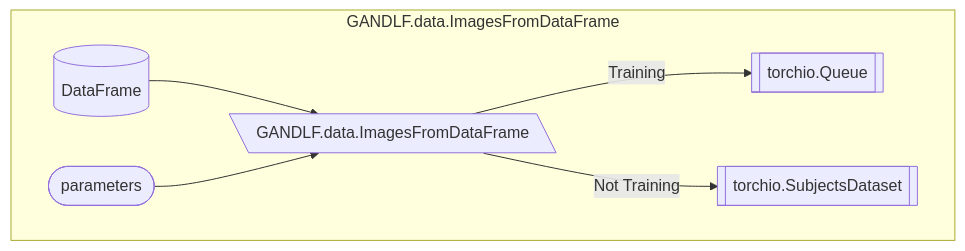
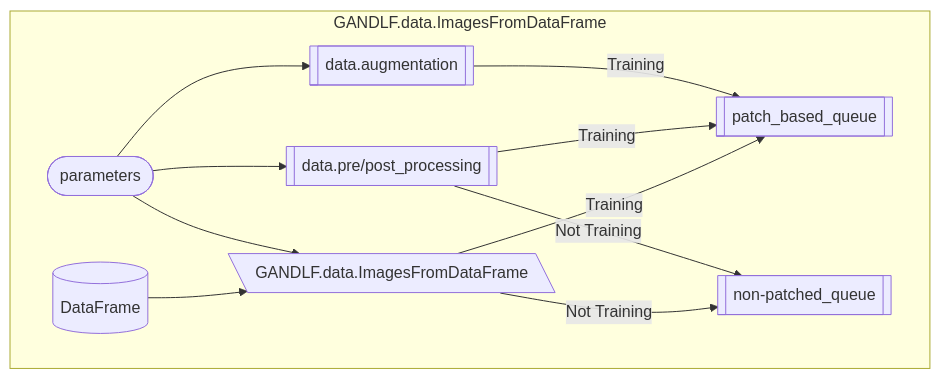
One commit to szmazurek/GaNDLF changed the eighth of 8 diagrams in docs/flowchart.md. Above: the diagram before and after it, drawn with Mermaid.

Commit message:
added more details for data submodule

````diff
--- a/docs/flowchart.md
+++ b/docs/flowchart.md
@@ -129,9 +129,14 @@
 ```mermaid
 flowchart TD
     subgraph GANDLF.data.ImagesFromDataFrame
+        parameters([parameters]) --> ImagesFromDataFrame
+        parameters --> data_augmentation[[data.augmentation]]
+        parameters --> data_processing[[data.pre/post_processing]]
         df[(DataFrame)] --> ImagesFromDataFrame[\GANDLF.data.ImagesFromDataFrame\]
-        parameters([parameters]) --> ImagesFromDataFrame
-        ImagesFromDataFrame -->|Training| tioq[[torchio.Queue]]
-        ImagesFromDataFrame -->|Not Training| tiosd[[torchio.SubjectsDataset]]
+        data_augmentation -->|Training| tioq[[patch_based_queue]]
+        data_processing -->|Training| tioq
+        data_processing -->|Not Training| tiosd[[non-patched_queue]]
+        ImagesFromDataFrame -->|Training| tioq
+        ImagesFromDataFrame -->|Not Training| tiosd
     end
 ```
````
